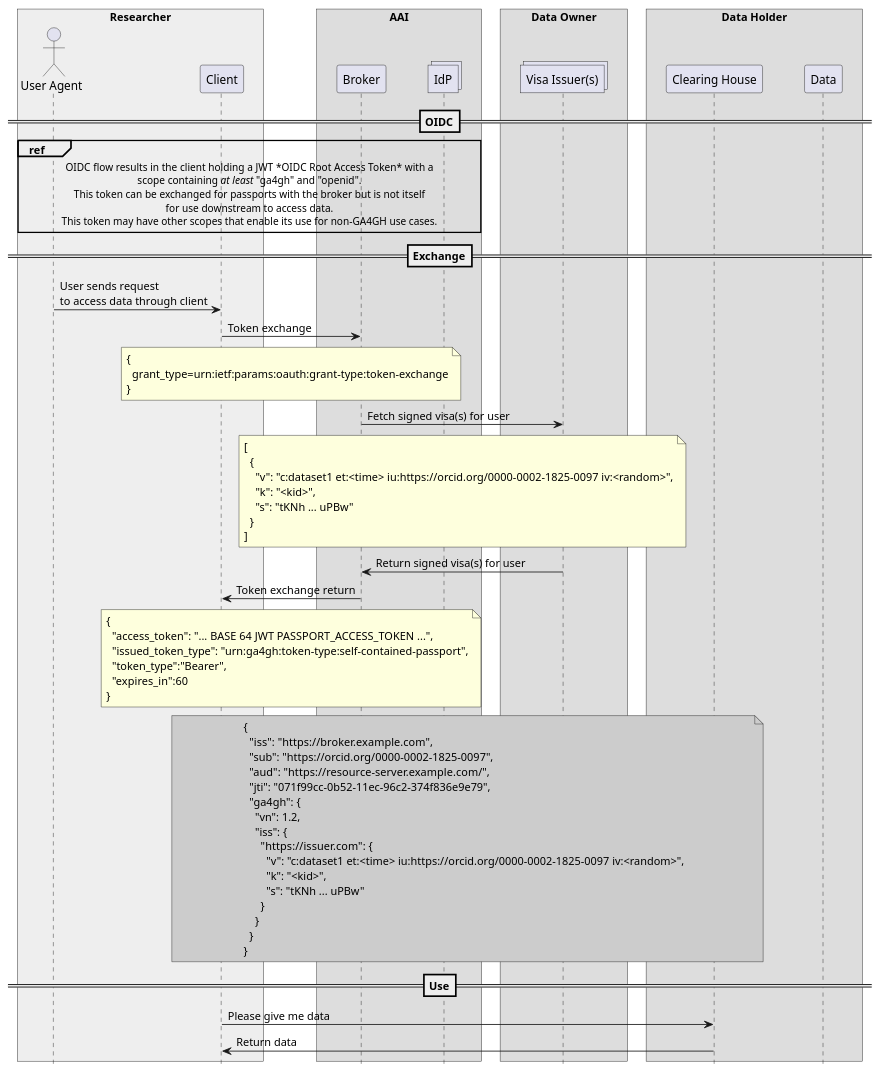
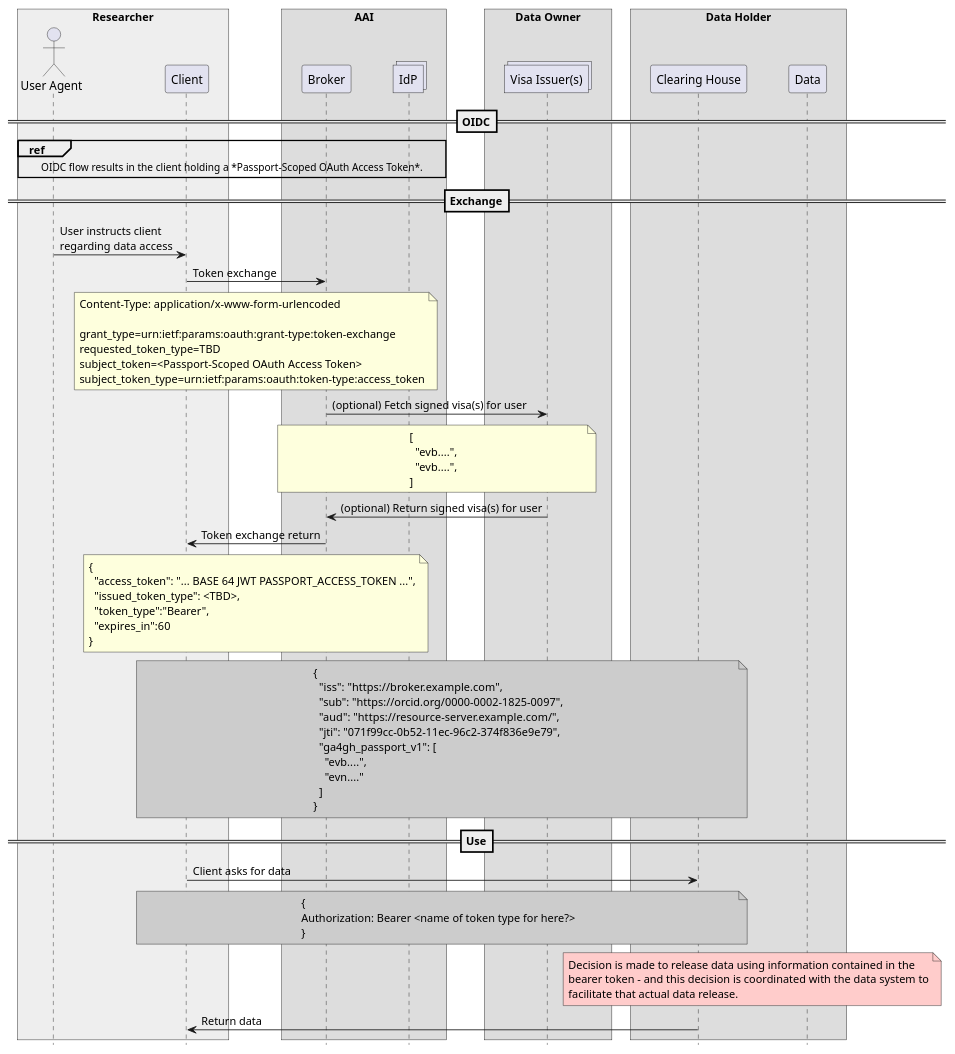
Before and after one commit to ga4gh/data-security: the second of 2 diagrams in AAI/AAIConnectProfile.md, drawn with PlantUML. The commit also changed other lines of this file, not shown here.

Commit message:
Freshen the sequence diagrams (still WIP)

```diff
--- a/AAI/AAIConnectProfile.md
+++ b/AAI/AAIConnectProfile.md
@@ -840,40 +949,36 @@
 ==OIDC==
 
 ref over user, client, broker, idps
-OIDC flow results in the client holding a JWT *OIDC Root Access Token* with a
-scope containing //at least// "ga4gh" and "openid".
-This token can be exchanged for passports with the broker but is not itself
-for use downstream to access data.
-This token may have other scopes that enable its use for non-GA4GH use cases.
+OIDC flow results in the client holding a *Passport-Scoped OAuth Access Token*.
 end ref
 
 ==Exchange==
 
-user -> client : User sends request\nto access data through client
+user -> client : User instructs client\nregarding data access
 client -> broker : Token exchange
 note over client, broker
-{
-  grant_type=urn:ietf:params:oauth:grant-type:token-exchange
-}
+Content-Type: application/x-www-form-urlencoded
+
+grant_type=urn:ietf:params:oauth:grant-type:token-exchange
+requested_token_type=TBD
+subject_token=<Passport-Scoped OAuth Access Token>
+subject_token_type=urn:ietf:params:oauth:token-type:access_token
 end note
 
-broker -> issuers : Fetch signed visa(s) for user
+broker -> issuers : (optional) Fetch signed visa(s) for user
 note over broker, issuers
 [
-  {
-    "v": "c:dataset1 et:<time> iu:https://orcid.org/0000-0002-1825-0097 iv:<random>",
-    "k": "<kid>",
-    "s": "tKNh ... uPBw"
-  }
+  "evb....",
+  "evb....",
 ]
 end note
-broker <- issuers : Return signed visa(s) for user
+broker <- issuers : (optional) Return signed visa(s) for user
 
 client <- broker : Token exchange return
 note over client, broker
 {
   "access_token": "... BASE 64 JWT PASSPORT_ACCESS_TOKEN ...",
-  "issued_token_type": "urn:ga4gh:token-type:self-contained-passport",
+  "issued_token_type": <TBD>,
   "token_type":"Bearer",
   "expires_in":60
 }
@@ -885,22 +990,28 @@
   "sub": "https://orcid.org/0000-0002-1825-0097",
   "aud": "https://resource-server.example.com/",
   "jti": "071f99cc-0b52-11ec-96c2-374f836e9e79",
-  "ga4gh": {
-    "vn": 1.2,
-    "iss": {
-      "https://issuer.com": {
-        "v": "c:dataset1 et:<time> iu:https://orcid.org/0000-0002-1825-0097 iv:<random>",
-        "k": "<kid>",
-        "s": "tKNh ... uPBw"
-      }
-    }
-  }
+  "ga4gh_passport_v1": [
+    "evb....",
+    "evn...."
+  ]
 }
 end note
 
 ==Use==
 
-client -> clearing : Please give me data
+client -> clearing : Client asks for data
+note over client, clearing  #CCCCCC
+{
+Authorization: Bearer <name of token type for here?>
+}
+end note
+
+note over clearing, data  #FFCCCB
+Decision is made to release data using information contained in the
+bearer token - and this decision is coordinated with the data system to
+facilitate that actual data release.
+end note
+
 client <- clearing : Return data
 
 {% endplantuml %}
```
